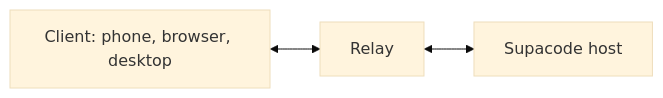
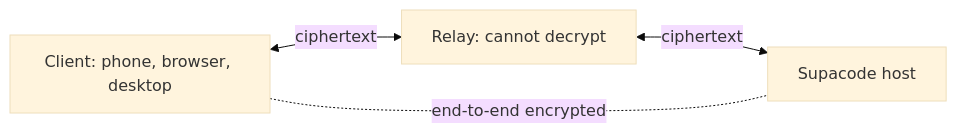
Before and after one commit to supabitapp/supacode-relay: the first of 2 diagrams in README.md, drawn with Mermaid (base theme). The commit also changed other lines of this file, not shown here.

````diff
--- a/README.md
+++ b/README.md
@@ -5,5 +5,6 @@
 ```mermaid
 flowchart LR
-  client["Client: phone, browser, desktop"] <--> relay["Relay"]
-  relay <--> host["Supacode host"]
+  client["Client: phone, browser, desktop"] <-->|ciphertext| relay["Relay: cannot decrypt"]
+  relay <-->|ciphertext| host["Supacode host"]
+  client -.-|"end-to-end encrypted"| host
 ```
````
